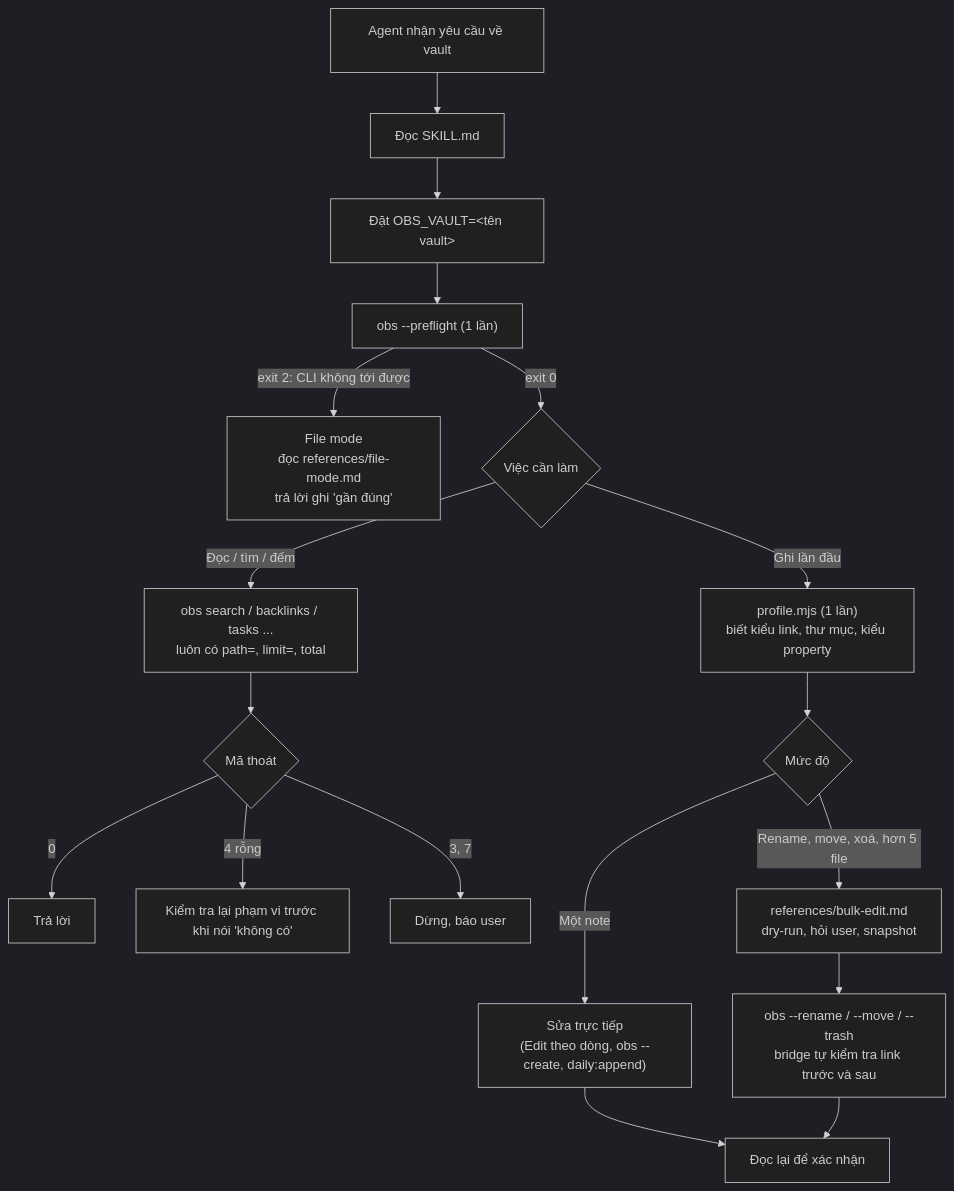
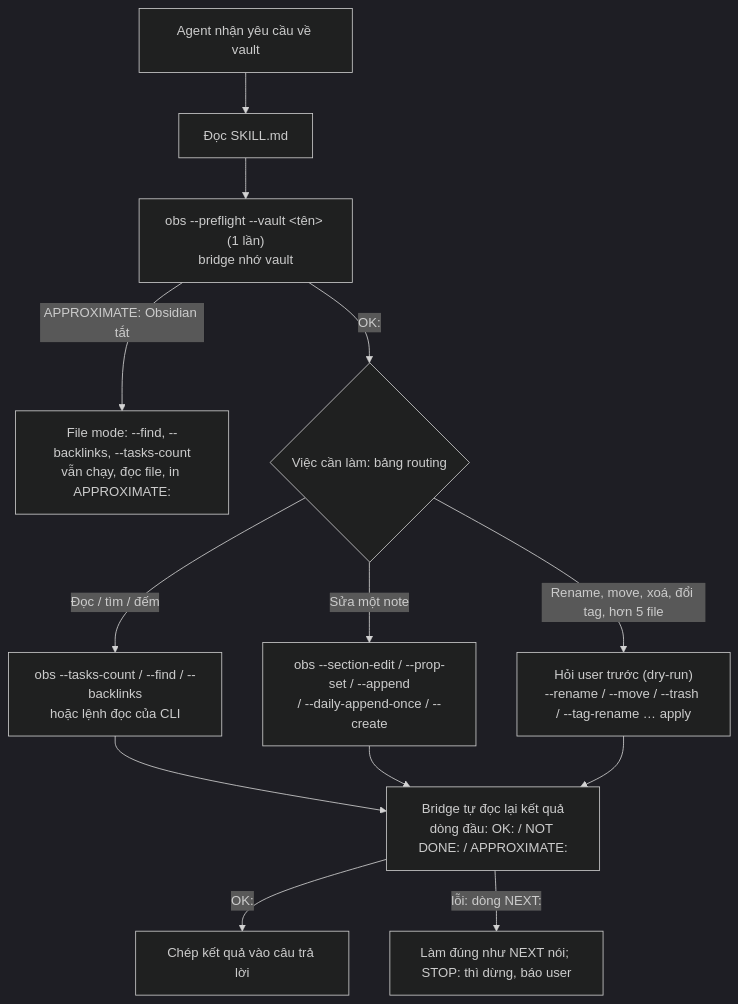
One commit to vantt/obsidian-agentkit changed the diagram in docs/HOW-IT-WORKS.md. Above: the diagram before and after it, drawn with Mermaid (dark theme). The commit also changed other lines of this file and 14 other files, not shown here.

````diff
--- a/docs/HOW-IT-WORKS.md
+++ b/docs/HOW-IT-WORKS.md
@@ -19,20 +19,15 @@
 ```mermaid
 flowchart TD
     A[Agent nhận yêu cầu về vault] --> B[Đọc SKILL.md]
-    B --> C["Đặt OBS_VAULT=&lt;tên vault&gt;"]
-    C --> D["obs --preflight (1 lần)"]
-    D -->|exit 2: CLI không tới được| F["File mode<br/>đọc references/file-mode.md<br/>trả lời ghi 'gần đúng'"]
-    D -->|exit 0| E{Việc cần làm}
-    E -->|Đọc / tìm / đếm| G["obs search / backlinks / tasks ...<br/>luôn có path=, limit=, total"]
-    E -->|Ghi lần đầu| P["profile.mjs (1 lần)<br/>biết kiểu link, thư mục, kiểu property"]
-    P --> H{Mức độ}
-    H -->|Một note| I["Sửa trực tiếp<br/>(Edit theo dòng, obs --create, daily:append)"]
-    H -->|Rename, move, xoá, hơn 5 file| J["references/bulk-edit.md<br/>dry-run, hỏi user, snapshot"]
-    J --> K["obs --rename / --move / --trash<br/>bridge tự kiểm tra link trước và sau"]
-    I --> L[Đọc lại để xác nhận]
-    K --> L
-    G --> M{Mã thoát}
-    M -->|0| N[Trả lời]
-    M -->|4 rỗng| O[Kiểm tra lại phạm vi trước khi nói 'không có']
-    M -->|3, 7| Q[Dừng, báo user]
+    B --> D["obs --preflight --vault &lt;tên&gt; (1 lần)<br/>bridge nhớ vault"]
+    D -->|"APPROXIMATE: Obsidian tắt"| F["File mode: --find, --backlinks, --tasks-count<br/>vẫn chạy, đọc file, in APPROXIMATE:"]
+    D -->|"OK:"| E{Việc cần làm: bảng routing}
+    E -->|Đọc / tìm / đếm| G["obs --tasks-count / --find / --backlinks<br/>hoặc lệnh đọc của CLI"]
+    E -->|Sửa một note| I["obs --section-edit / --prop-set / --append<br/>/ --daily-append-once / --create"]
+    E -->|Rename, move, xoá, đổi tag, hơn 5 file| J["Hỏi user trước (dry-run)<br/>--rename / --move / --trash / --tag-rename … apply"]
+    G --> L
+    I --> L
+    J --> L["Bridge tự đọc lại kết quả<br/>dòng đầu: OK: / NOT DONE: / APPROXIMATE:"]
+    L -->|OK:| N[Chép kết quả vào câu trả lời]
+    L -->|"lỗi: dòng NEXT:"| Q[Làm đúng như NEXT nói; STOP: thì dừng, báo user]
 ```
````
